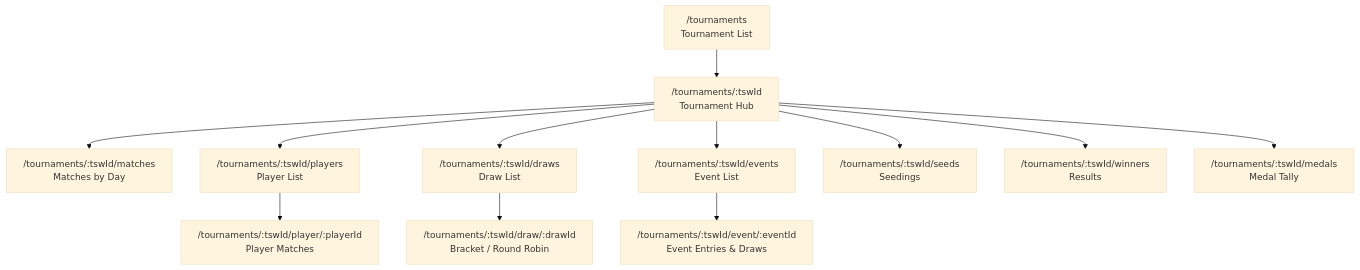
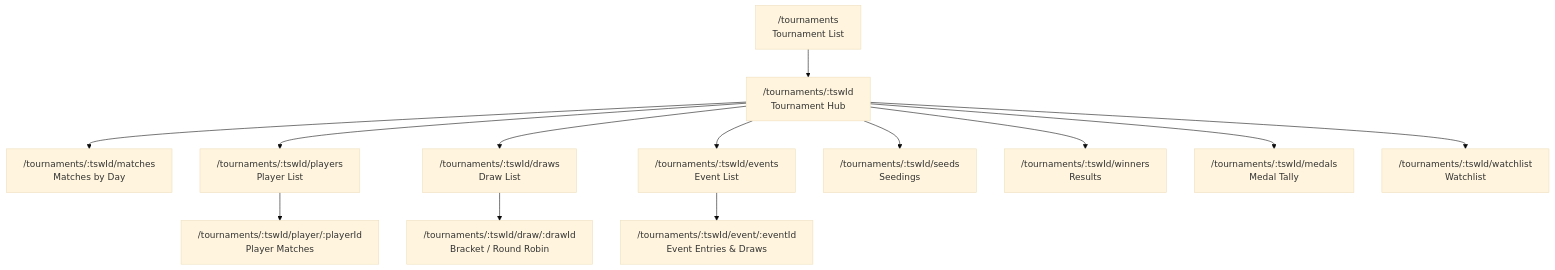
Before and after one commit to pookyl/usab-junior: the first of 2 diagrams in docs/design/tournaments.md, drawn with Mermaid (base theme). The commit also changed other lines of this file and 7 other files, not shown here.

````diff
--- a/docs/design/tournaments.md
+++ b/docs/design/tournaments.md
@@ -7,14 +7,15 @@
 ```mermaid
 graph TD
     List["/tournaments<br/>Tournament List"] --> Hub["/tournaments/:tswId<br/>Tournament Hub"]
     Hub --> Matches["/tournaments/:tswId/matches<br/>Matches by Day"]
     Hub --> Players["/tournaments/:tswId/players<br/>Player List"]
     Hub --> Draws["/tournaments/:tswId/draws<br/>Draw List"]
     Hub --> Events["/tournaments/:tswId/events<br/>Event List"]
     Hub --> Seeds["/tournaments/:tswId/seeds<br/>Seedings"]
     Hub --> Winners["/tournaments/:tswId/winners<br/>Results"]
     Hub --> Medals["/tournaments/:tswId/medals<br/>Medal Tally"]
+    Hub --> Watchlist["/tournaments/:tswId/watchlist<br/>Watchlist"]
     Draws --> DrawDetail["/tournaments/:tswId/draw/:drawId<br/>Bracket / Round Robin"]
     Events --> EventDetail["/tournaments/:tswId/event/:eventId<br/>Event Entries & Draws"]
     Players --> PlayerDetail["/tournaments/:tswId/player/:playerId<br/>Player Matches"]
 ```
````
